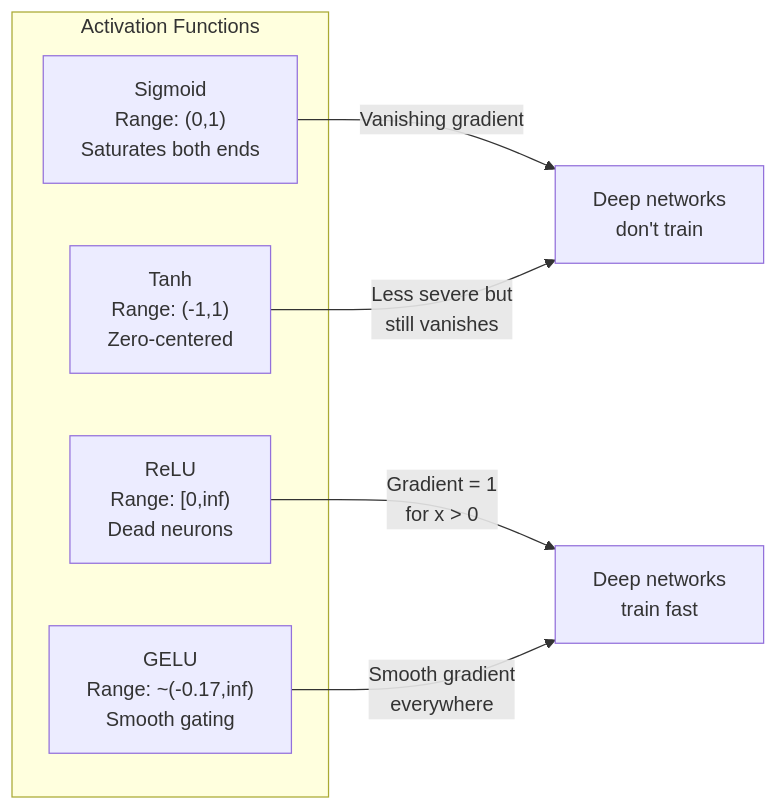
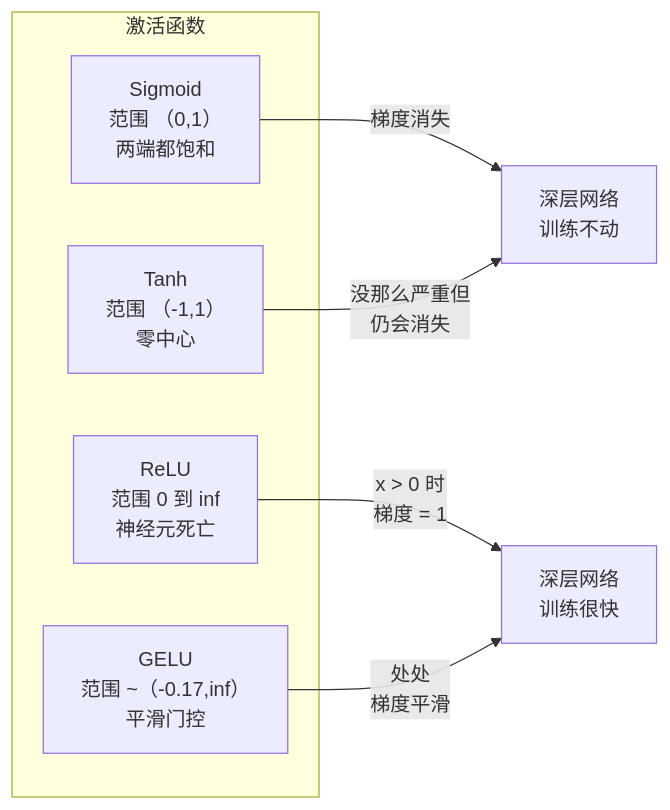
One commit to JerryC8080/ai-engineering-from-scratch-zh changed the first of 3 diagrams in phases/03-deep-learning-core/04-activation-functions/docs/zh.md. Above: the diagram before and after it, drawn with Mermaid. The commit also changed other lines of this file and 156 other files, not shown here.

First line of the commit message:
i18n(zh): translate mermaid diagram labels in 157 lesson zh.md

````diff
--- a/phases/03-deep-learning-core/04-activation-functions/docs/zh.md
+++ b/phases/03-deep-learning-core/04-activation-functions/docs/zh.md
@@ -171,13 +171,13 @@
 ```mermaid
 graph LR
-    subgraph "Activation Functions"
-        S["Sigmoid<br/>Range: (0,1)<br/>Saturates both ends"]
-        T["Tanh<br/>Range: (-1,1)<br/>Zero-centered"]
-        R["ReLU<br/>Range: [0,inf)<br/>Dead neurons"]
-        G["GELU<br/>Range: ~(-0.17,inf)<br/>Smooth gating"]
+    subgraph "激活函数"
+        S["Sigmoid<br/>范围 （0,1）<br/>两端都饱和"]
+        T["Tanh<br/>范围 （-1,1）<br/>零中心"]
+        R["ReLU<br/>范围 0 到 inf<br/>神经元死亡"]
+        G["GELU<br/>范围 ~（-0.17,inf）<br/>平滑门控"]
     end
-    S -->|"Vanishing gradient"| Problem["Deep networks<br/>don't train"]
-    T -->|"Less severe but<br/>still vanishes"| Problem
-    R -->|"Gradient = 1<br/>for x > 0"| Solution["Deep networks<br/>train fast"]
-    G -->|"Smooth gradient<br/>everywhere"| Solution
+    S -->|"梯度消失"| Problem["深层网络<br/>训练不动"]
+    T -->|"没那么严重但<br/>仍会消失"| Problem
+    R -->|"x > 0 时<br/>梯度 = 1"| Solution["深层网络<br/>训练很快"]
+    G -->|"处处<br/>梯度平滑"| Solution
 ```
````
